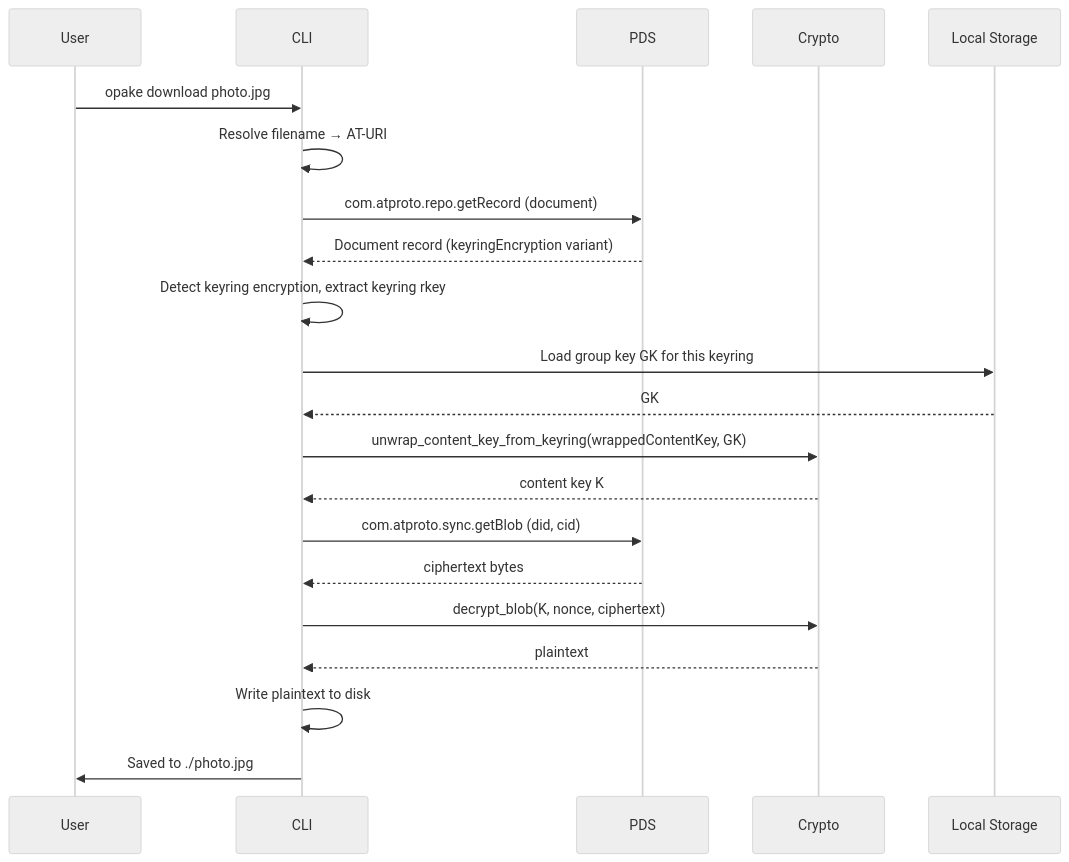
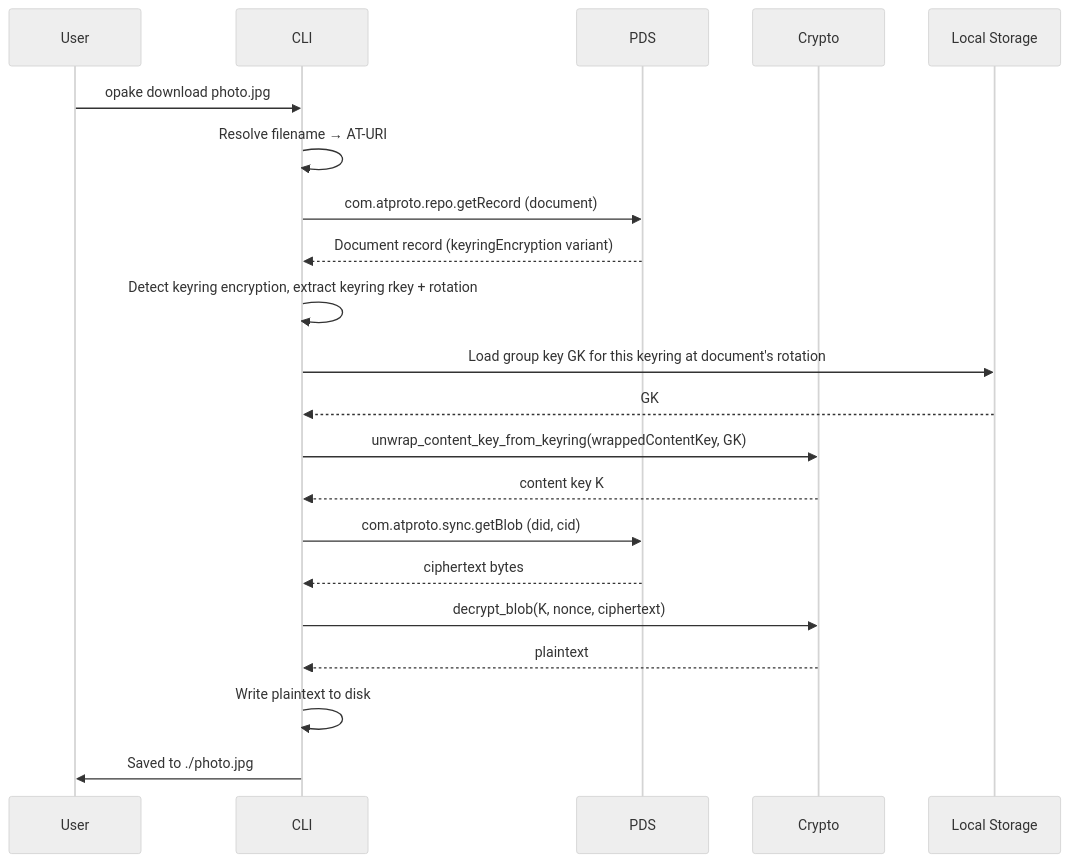
One commit to Sans-Self/Opake changed diagram 20 of 28 in docs/FLOWS.md. Above: the diagram before and after it, drawn with Mermaid (neutral theme). The commit also changed other lines of this file and 14 other files, not shown here.

First line of the commit message:
Add keyring rotation history to preserve pre-rotation document access

````diff
--- a/docs/FLOWS.md
+++ b/docs/FLOWS.md
@@ -556,32 +558,32 @@
 ```mermaid
 sequenceDiagram
     participant User
     participant CLI
     participant PDS
     participant Crypto
     participant Disk as Local Storage
 
     User->>CLI: opake download photo.jpg
 
     CLI->>CLI: Resolve filename → AT-URI
 
     CLI->>PDS: com.atproto.repo.getRecord (document)
     PDS-->>CLI: Document record (keyringEncryption variant)
 
-    CLI->>CLI: Detect keyring encryption, extract keyring rkey
+    CLI->>CLI: Detect keyring encryption, extract keyring rkey + rotation
 
-    CLI->>Disk: Load group key GK for this keyring
+    CLI->>Disk: Load group key GK for this keyring at document's rotation
     Disk-->>CLI: GK
 
     CLI->>Crypto: unwrap_content_key_from_keyring(wrappedContentKey, GK)
     Crypto-->>CLI: content key K
 
     CLI->>PDS: com.atproto.sync.getBlob (did, cid)
     PDS-->>CLI: ciphertext bytes
 
     CLI->>Crypto: decrypt_blob(K, nonce, ciphertext)
     Crypto-->>CLI: plaintext
 
     CLI->>CLI: Write plaintext to disk
     CLI->>User: Saved to ./photo.jpg
 ```
````
